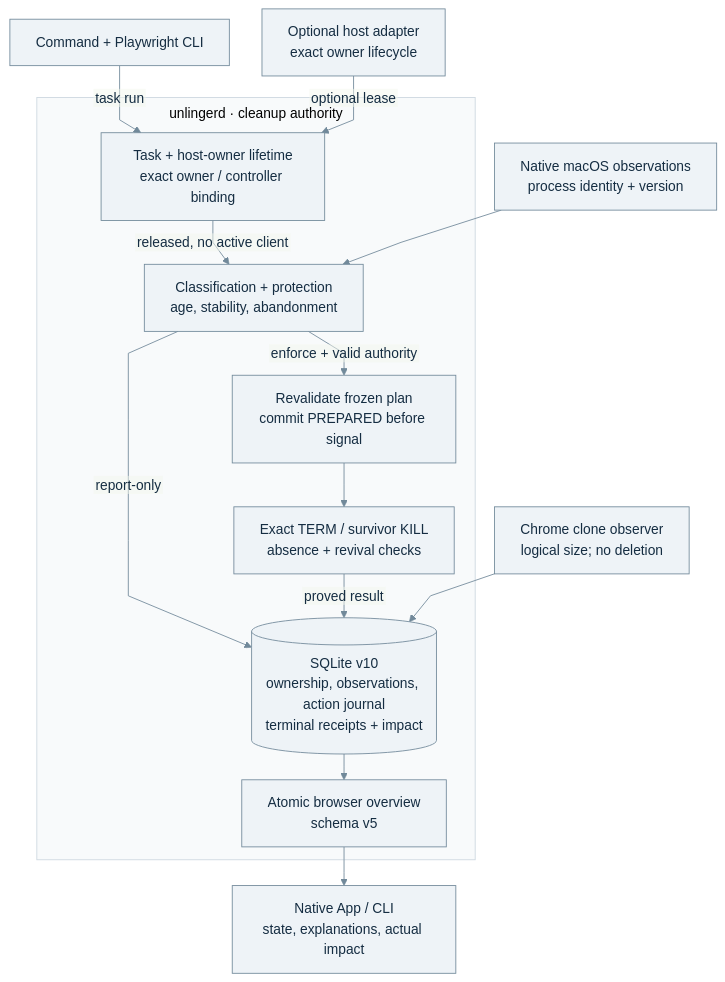
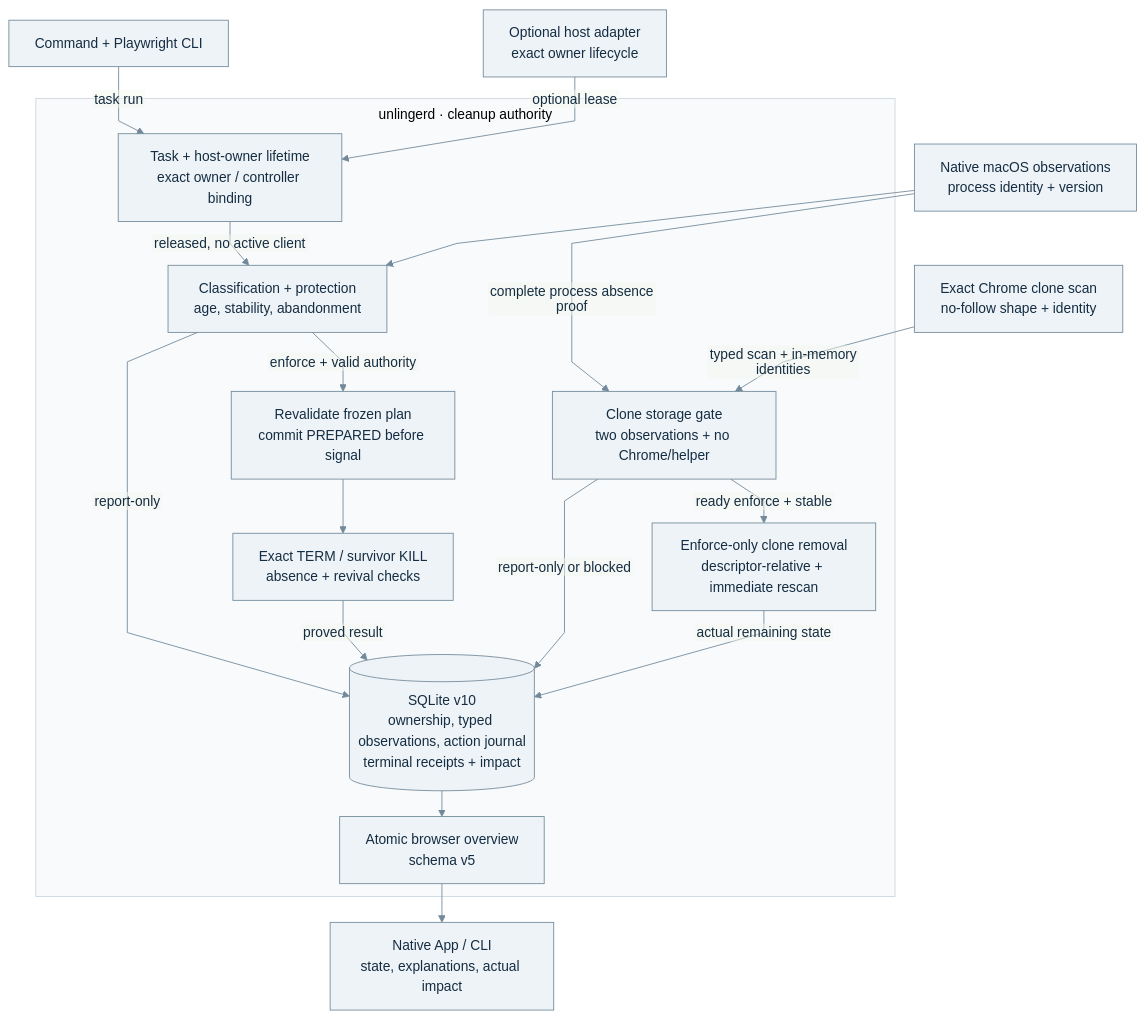
Before and after one commit to IndelibleVivi/unlinger: the diagram in docs/architecture.mmd, drawn with Mermaid. The commit also changed 25 other files, not shown here.

Commit message:
automate chrome clone cleanup

```diff
--- a/docs/architecture.mmd
+++ b/docs/architecture.mmd
@@ -1,26 +1,32 @@
-%% Current process-only source; bilingual evidence map in ARCHITECTURE.md.
+%% Current source execution map; bilingual evidence map in ARCHITECTURE.md.
 %%{init: {"theme": "base", "fontFamily": "Arial, sans-serif", "themeVariables": {"fontFamily": "Arial, sans-serif", "fontSize": "16px", "primaryColor": "#eef3f7", "primaryTextColor": "#152d42", "primaryBorderColor": "#71899a", "lineColor": "#71899a", "clusterBkg": "#f8fafb", "clusterBorder": "#ccd7df"}, "flowchart": {"htmlLabels": false, "curve": "linear", "nodeSpacing": 25, "rankSpacing": 30, "subGraphTitleMargin": {"top": 8, "bottom": 18}}}}%%
 flowchart TB
   command["Command + Playwright CLI"]
   host["Optional host adapter<br/>exact owner lifecycle"]
   native["Native macOS observations<br/>process identity + version"]
-  residue["Chrome clone observer<br/>logical size; no deletion"]
+  residue["Exact Chrome clone scan<br/>no-follow shape + identity"]
   subgraph daemon["unlingerd · cleanup authority"]
     lifetime["Task + host-owner lifetime<br/>exact owner / controller binding"]
     gates["Classification + protection<br/>age, stability, abandonment"]
     plan["Revalidate frozen plan<br/>commit PREPARED before signal"]
     proof["Exact TERM / survivor KILL<br/>absence + revival checks"]
-    store[("SQLite v10<br/>ownership, observations, action journal<br/>terminal receipts + impact")]
+    residue_gate["Clone storage gate<br/>two observations + no Chrome/helper"]
+    residue_delete["Enforce-only clone removal<br/>descriptor-relative + immediate rescan"]
+    store[("SQLite v10<br/>ownership, typed observations, action journal<br/>terminal receipts + impact")]
     overview["Atomic browser overview<br/>schema v5"]
     lifetime -->|released, no active client| gates
     gates -->|report-only| store
     gates -->|enforce + valid authority| plan
     plan --> proof
     proof -->|proved result| store
+    residue_gate -->|report-only or blocked| store
+    residue_gate -->|ready enforce + stable| residue_delete
+    residue_delete -->|actual remaining state| store
     store --> overview
   end
   command -->|task run| lifetime
   host -->|optional lease| lifetime
   native --> gates
-  residue --> store
+  native -->|complete process absence proof| residue_gate
+  residue -->|typed scan + in-memory identities| residue_gate
   overview --> app["Native App / CLI<br/>state, explanations, actual impact"]
```
